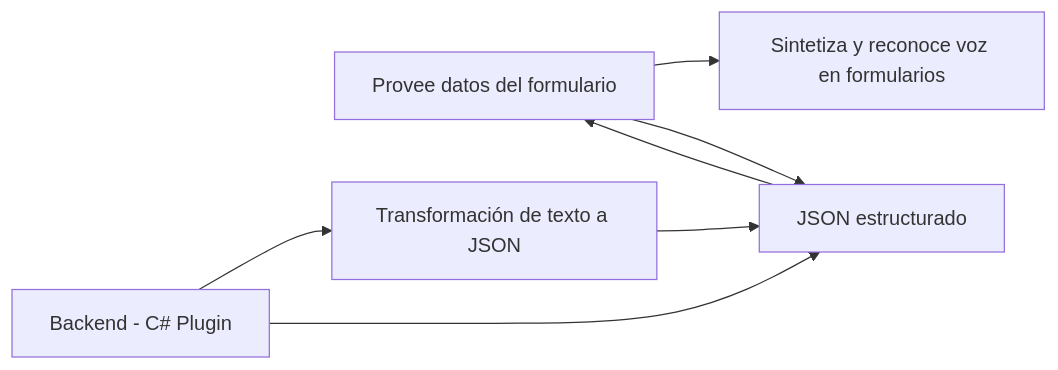
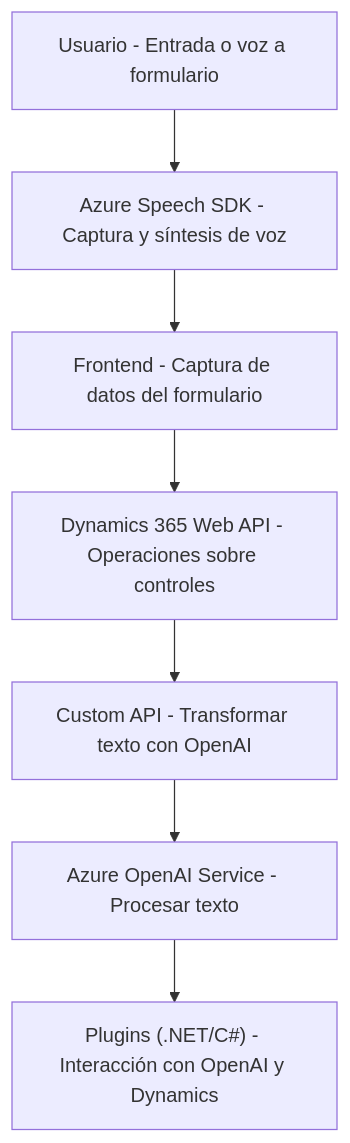
Before and after one commit to blopezdm/NETCORE_BILBAO2025: the diagram in README.md, drawn with Mermaid. The commit also changed other lines of this file, not shown here.

Commit message:
Actualizar análisis global de la solución con IA

````diff
--- a/README.md
+++ b/README.md
@@ -78,15 +54,16 @@
 ```mermaid
-graph LR
-  A["Frontend - JS"]
-  B["Backend - C# Plugin"]
-  C["Microsoft Dynamics CRM"]
-  D["Azure Speech SDK"]
-  E["Azure OpenAI API"]
-  
-  A --> D["Sintetiza y reconoce voz en formularios"]
-  A --> C["Envío de datos procesados"]
-  B --> E["Transformación de texto a JSON"]
-  B --> C["Integración con Dynamics CRM"]
-  C --> A["Provee datos del formulario"]
-  E --> C["JSON estructurado"]
+graph TD
+    A["Usuario - Entrada o voz a formulario"] 
+    B["Azure Speech SDK - Captura y síntesis de voz"]
+    C["Frontend - Captura de datos del formulario"]
+    D["Dynamics 365 Web API - Operaciones sobre controles"]
+    E["Custom API - Transformar texto con OpenAI"]
+    F["Azure OpenAI Service - Procesar texto"]
+    G["Plugins (.NET/C#) - Interacción con OpenAI y Dynamics"]
+
+    A --> B --> C
+    C --> D
+    D --> E
+    E --> F
+    F --> G
 ```
````
